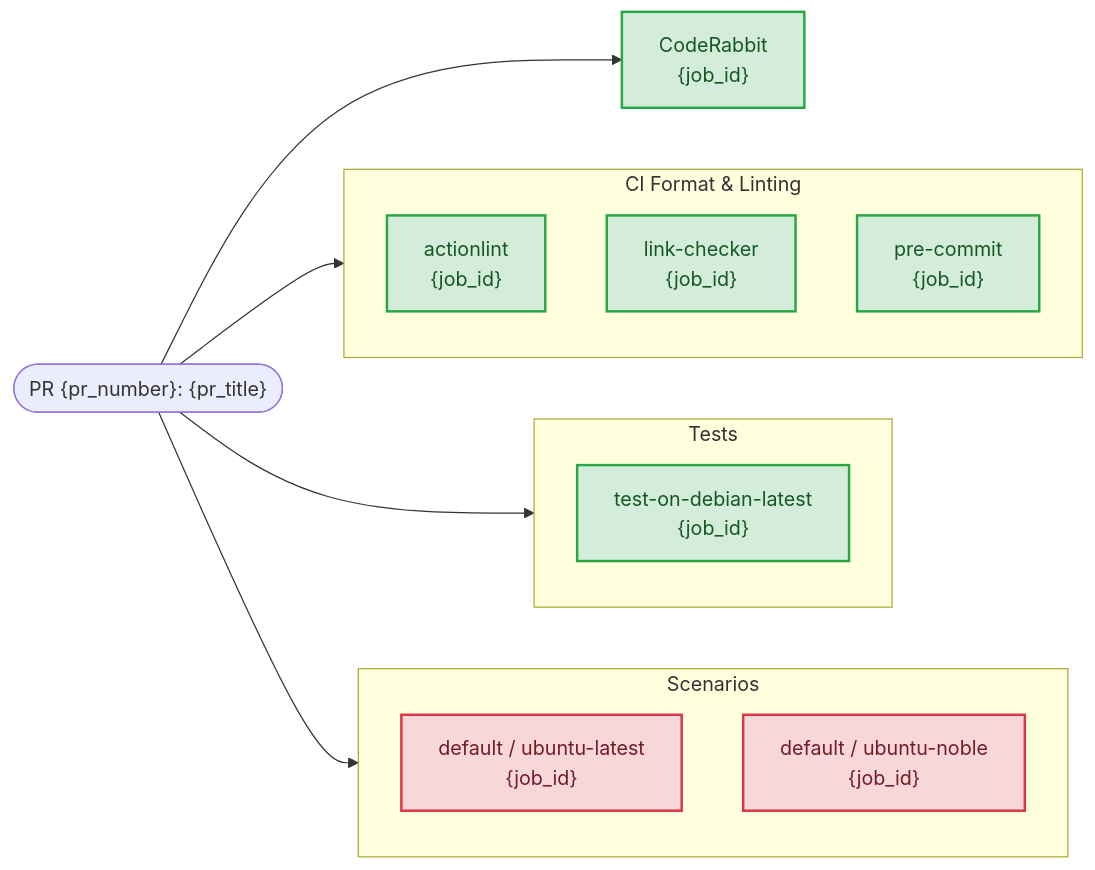
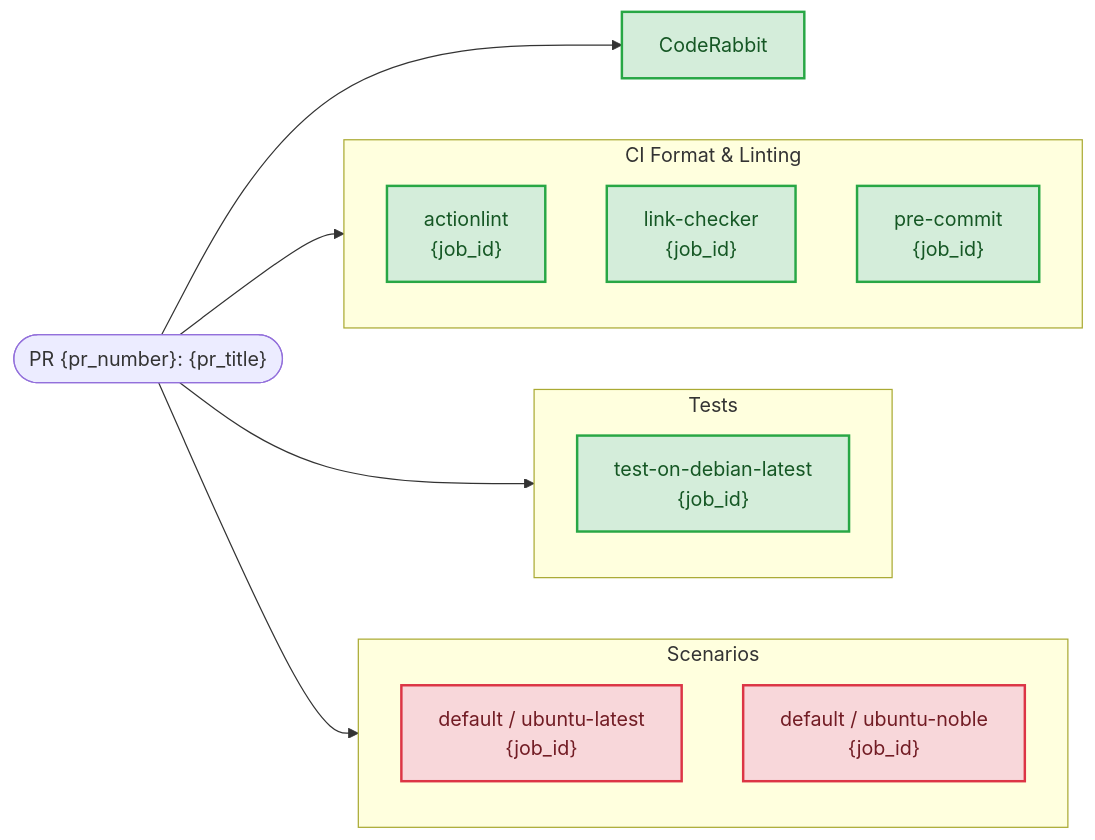
One commit to carenic/cogni-ai-agent-skills changed the second of 2 diagrams in gh-pr/SKILL.md. Above: the diagram before and after it, drawn with Mermaid.

Commit message:
Fix CodeRabbit reference in SKILL.md

````diff
--- a/gh-pr/SKILL.md
+++ b/gh-pr/SKILL.md
@@ -118,33 +118,33 @@
 ```mermaid
 %% This flowchart visualizes the topology and statuses of CI/CD checks for a PR.
 %% Data for this diagram can be retrieved natively using:
 %% gh pr checks {pr_number} --repo {owner}/{repo}
 flowchart LR
     pr(["PR {pr_number}: {pr_title}"])
 
     subgraph Checks ["CI Format & Linting"]
         direction TB
         c3["actionlint<br>{job_id}"]:::pass
         c1["link-checker<br>{job_id}"]:::pass
         c2["pre-commit<br>{job_id}"]:::pass
     end
 
     subgraph Tests ["Tests"]
         direction TB
         t1["test-on-debian-latest<br>{job_id}"]:::pass
     end
 
     subgraph Molecule ["Scenarios"]
         direction TB
         m1["default / ubuntu-latest<br>{job_id}"]:::fail
         m2["default / ubuntu-noble<br>{job_id}"]:::fail
     end
 
     pr --> Checks
     pr --> Tests
     pr --> Molecule
-    pr --> cr["CodeRabbit<br>{job_id}"]:::pass
+    pr --> cr["CodeRabbit"]:::pass
 
     classDef pass fill:#d4edda,stroke:#28a745,color:#155724,stroke-width:2px;
     classDef fail fill:#f8d7da,stroke:#dc3545,color:#721c24,stroke-width:2px;
 ```
````
